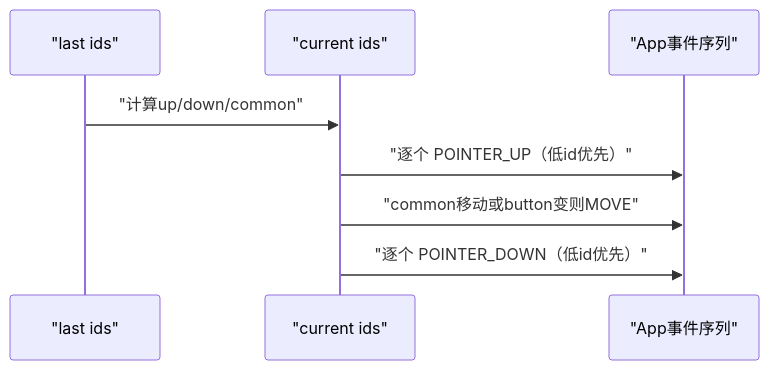
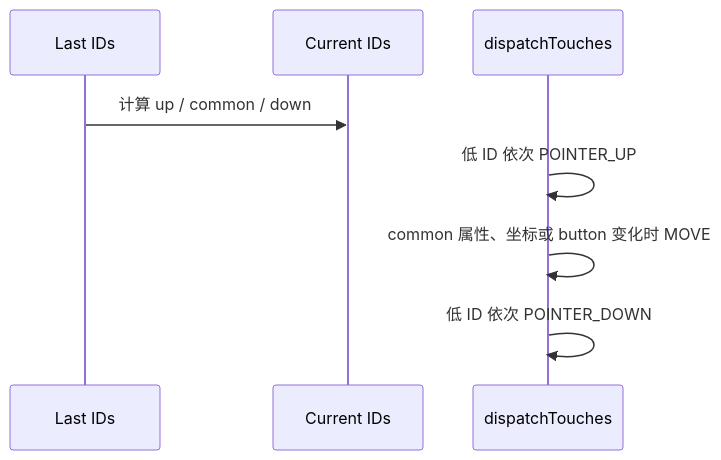
One commit to junyingzhao001/StudyNotes changed the diagram in Android源码学习/183-AndroidMultiTouchProtocolSlotTrackingId与PointerId.md. Above: the diagram before and after it, drawn with Mermaid. The commit also changed other lines of this file and 30 other files, not shown here.

````diff
--- a/Android源码学习/183-AndroidMultiTouchProtocolSlotTrackingId与PointerId.md
+++ b/Android源码学习/183-AndroidMultiTouchProtocolSlotTrackingId与PointerId.md
@@ -388,10 +411,10 @@
 ```mermaid
 sequenceDiagram
-    participant L as "last ids"
-    participant C as "current ids"
-    participant A as "App事件序列"
-    L->>C: "计算up/down/common"
-    C->>A: "逐个 POINTER_UP（低id优先）"
-    C->>A: "common移动或button变则MOVE"
-    C->>A: "逐个 POINTER_DOWN（低id优先）"
+    participant L as Last IDs
+    participant C as Current IDs
+    participant D as dispatchTouches
+    L->>C: 计算 up / common / down
+    D->>D: 低 ID 依次 POINTER_UP
+    D->>D: common 属性、坐标或 button 变化时 MOVE
+    D->>D: 低 ID 依次 POINTER_DOWN
 ```
````
